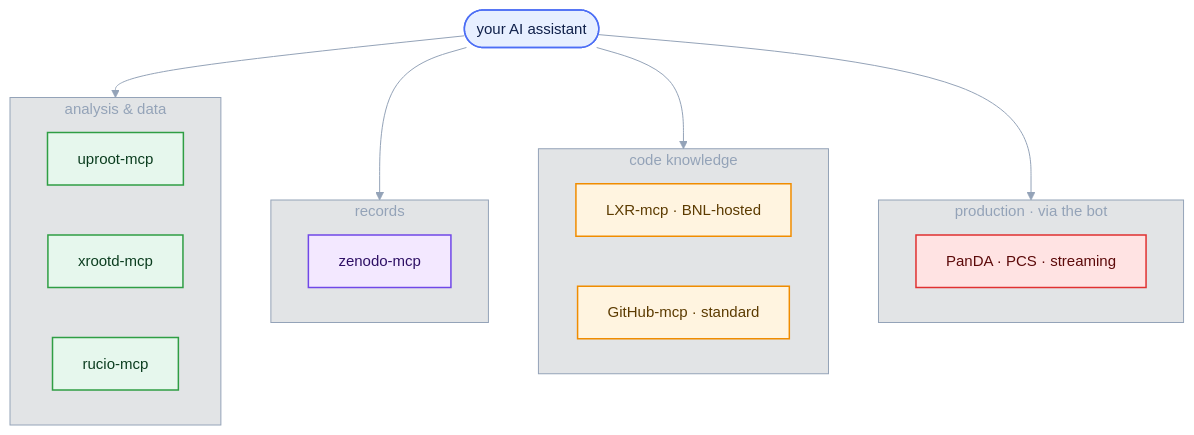
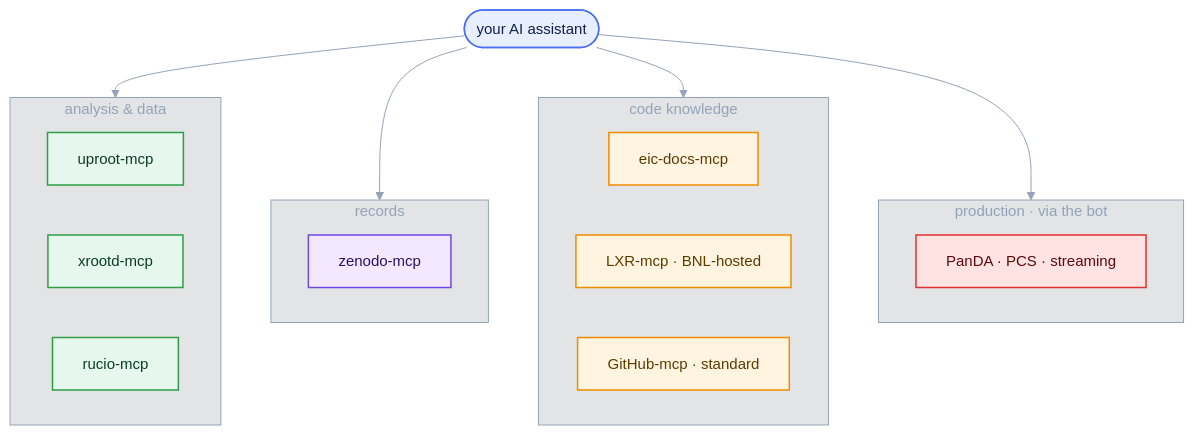
One commit to eic/tutorial-mcp changed the diagram in episodes/06-eic-mcp-servers.md. Above: the diagram before and after it, drawn with Mermaid. The commit also changed other lines of this file and 10 other files, not shown here.

````diff
--- a/episodes/06-eic-mcp-servers.md
+++ b/episodes/06-eic-mcp-servers.md
@@ -65,42 +67,44 @@
 ```mermaid
 %%{init: {'theme':'base', 'themeVariables': {'fontSize':'15px','lineColor':'#94a3b8','edgeLabelBackground':'#e2e8f0','clusterBkg':'#1f293720','clusterBorder':'#94a3b8','titleColor':'#94a3b8'}}}%%
 flowchart TB
     accTitle: {EIC MCP server catalog}
     accDescr: {EIC MCP server catalog}
     A(["your AI assistant"]):::core
     A --> DATA
     A --> REC
     A --> CODE
     A --> PROD
     subgraph DATA["analysis & data"]
         direction LR
         UP["uproot-mcp"]:::tool
         XR["xrootd-mcp"]:::tool
         RU["rucio-mcp"]:::tool
     end
     subgraph REC["records"]
         direction LR
         ZE["zenodo-mcp"]:::rec
     end
     subgraph CODE["code knowledge"]
         direction LR
+        DO["eic-docs-mcp"]:::code
         LX["LXR-mcp · BNL-hosted"]:::code
         GH["GitHub-mcp · standard"]:::code
     end
     subgraph PROD["production · via the bot"]
         direction LR
         PB["PanDA · PCS · streaming"]:::pkg
     end
     classDef core fill:#e7efff,stroke:#4c6ef5,stroke-width:1.5px,color:#10204a;
     classDef tool fill:#e6f7ed,stroke:#2f9e44,stroke-width:1.5px,color:#0b3d1f;
     classDef rec fill:#f3e8ff,stroke:#7048e8,stroke-width:1.5px,color:#2e1065;
     classDef code fill:#fff4e0,stroke:#f08c00,stroke-width:1.5px,color:#5c3b00;
     classDef pkg fill:#ffe3e3,stroke:#e03131,stroke-width:1.5px,color:#5c0a0a;
     click UP "https://github.com/eic/uproot-mcp-server" _blank
     click XR "https://github.com/eic/xrootd-mcp-server" _blank
     click RU "https://github.com/eic/rucio-eic-mcp-server" _blank
     click ZE "https://github.com/eic/zenodo-mcp-server" _blank
+    click DO "https://github.com/eic/eic-docs-mcp" _blank
     click LX "https://eic-code-browser.sdcc.bnl.gov/lxr/source" _blank
     click GH "https://github.com/github/github-mcp-server" _blank
     click PB "https://chat.epic-eic.org/main/channels/dispatcher" _blank
 ```
````
